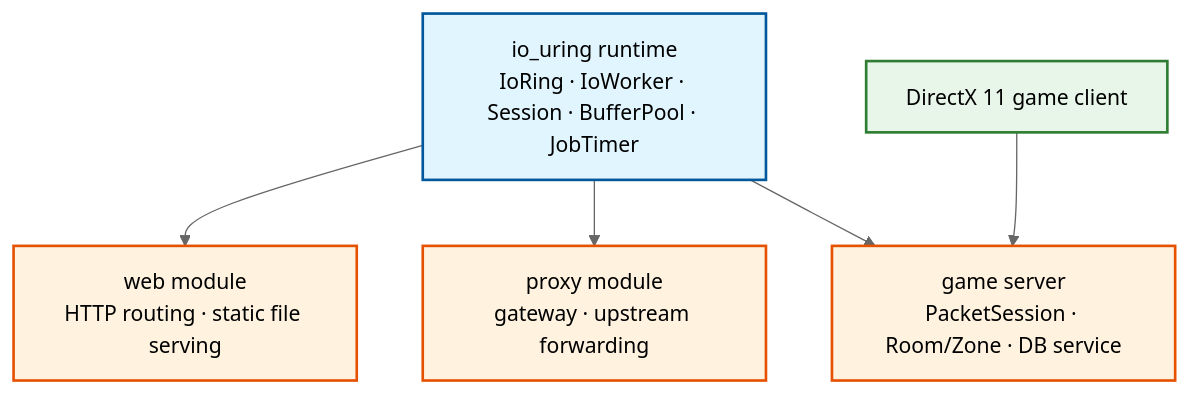
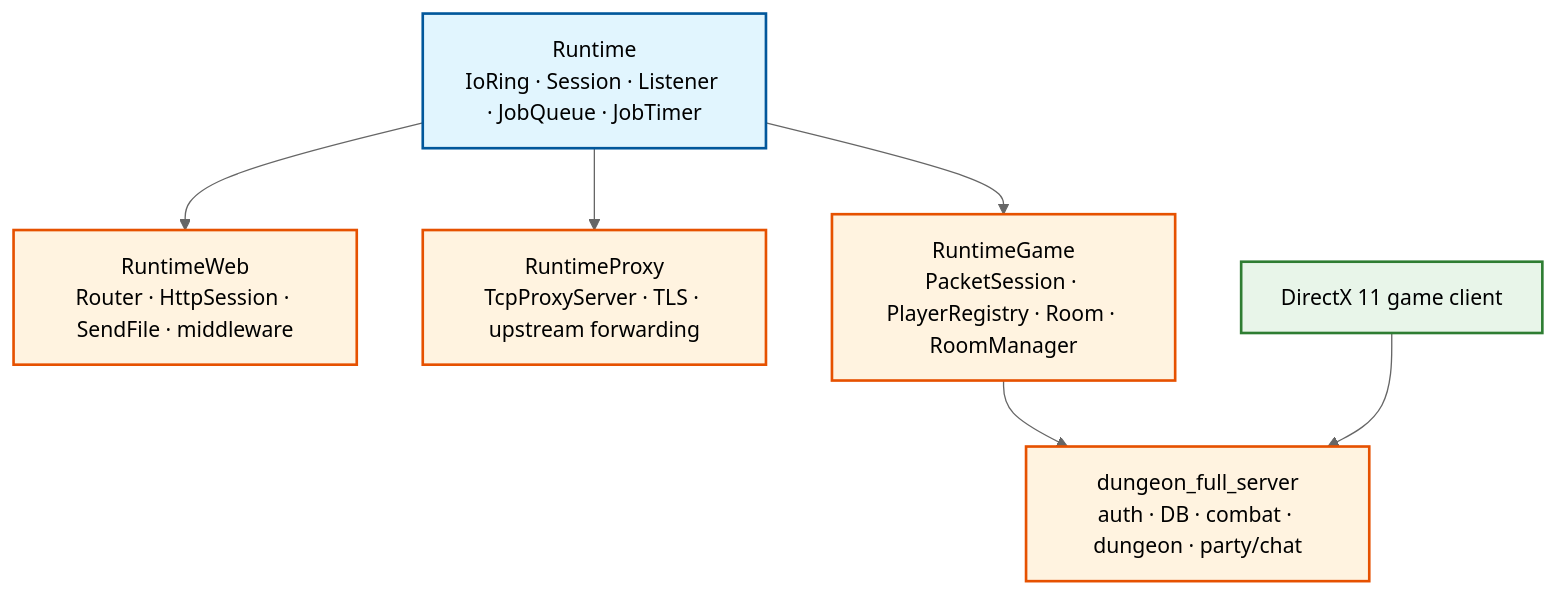
One commit to mint-cocoa/portfolio changed the first of 10 diagrams in docs/server/ServerCorePortfolio.qmd. Above: the diagram before and after it, drawn with Mermaid (neutral theme). The commit also changed other lines of this file and 10 other files, not shown here.

Commit message:
Reflect runtime module split in portfolio

````diff
--- a/docs/server/ServerCorePortfolio.qmd
+++ b/docs/server/ServerCorePortfolio.qmd
@@ -71,20 +71,22 @@
 ```{mermaid}
 %%| label: fig-runtime-layering
 %%| fig-cap: "io_uring 런타임과 애플리케이션 계층"
 graph TD
     classDef runtime fill:#e1f5fe,stroke:#01579b,stroke-width:2px,color:#000
     classDef app fill:#fff3e0,stroke:#e65100,stroke-width:2px,color:#000
     classDef external fill:#e8f5e9,stroke:#2e7d32,stroke-width:2px,color:#000
 
-    Runtime["io_uring runtime<br/>IoRing · IoWorker · Session · BufferPool · JobTimer"]:::runtime
+    Runtime["Runtime<br/>IoRing · Session · Listener · JobQueue · JobTimer"]:::runtime
 
-    Web["web module<br/>HTTP routing · static file serving"]:::app
-    Proxy["proxy module<br/>gateway · upstream forwarding"]:::app
-    Game["game server<br/>PacketSession · Room/Zone · DB service"]:::app
+    Web["RuntimeWeb<br/>Router · HttpSession · SendFile · middleware"]:::app
+    Proxy["RuntimeProxy<br/>TcpProxyServer · TLS · upstream forwarding"]:::app
+    GameRuntime["RuntimeGame<br/>PacketSession · PlayerRegistry · Room · RoomManager"]:::app
+    GameServer["dungeon_full_server<br/>auth · DB · combat · dungeon · party/chat"]:::app
     Client["DirectX 11 game client"]:::external
 
     Runtime --> Web
     Runtime --> Proxy
-    Runtime --> Game
-    Client --> Game
+    Runtime --> GameRuntime
+    GameRuntime --> GameServer
+    Client --> GameServer
 ```
````
